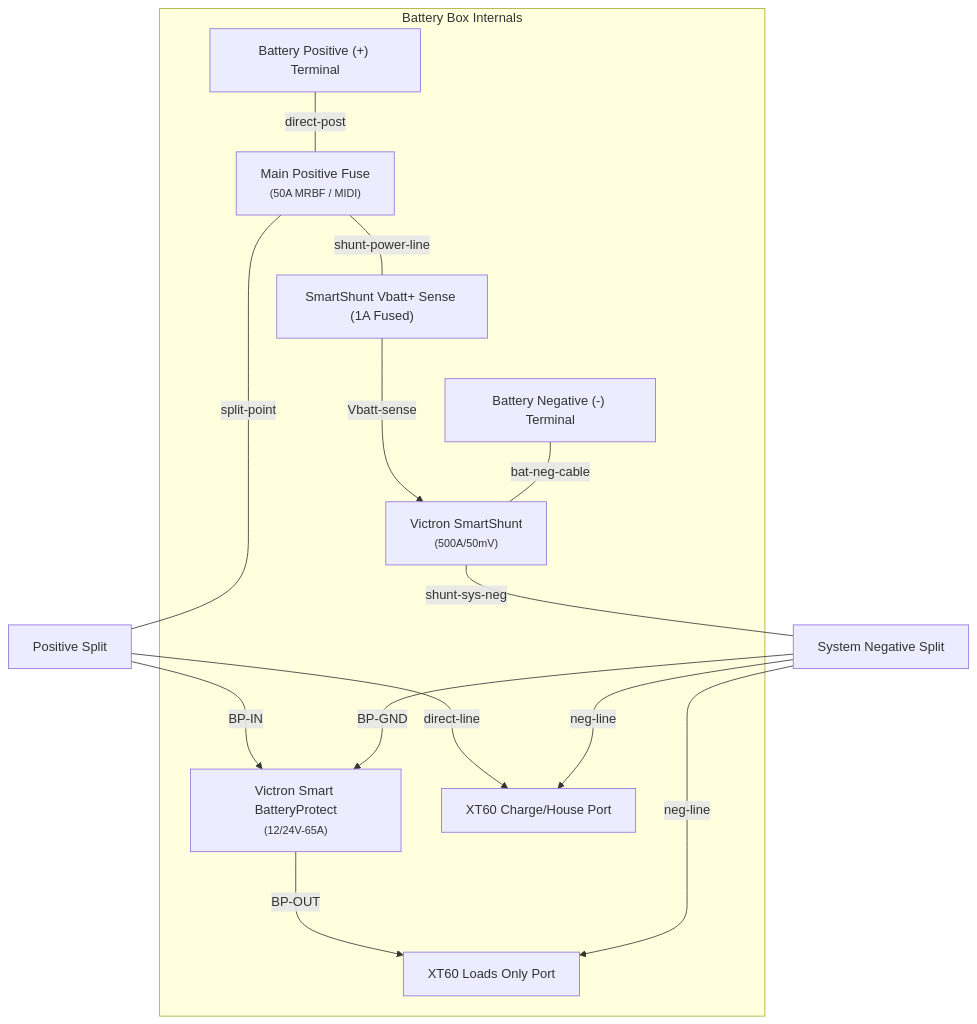
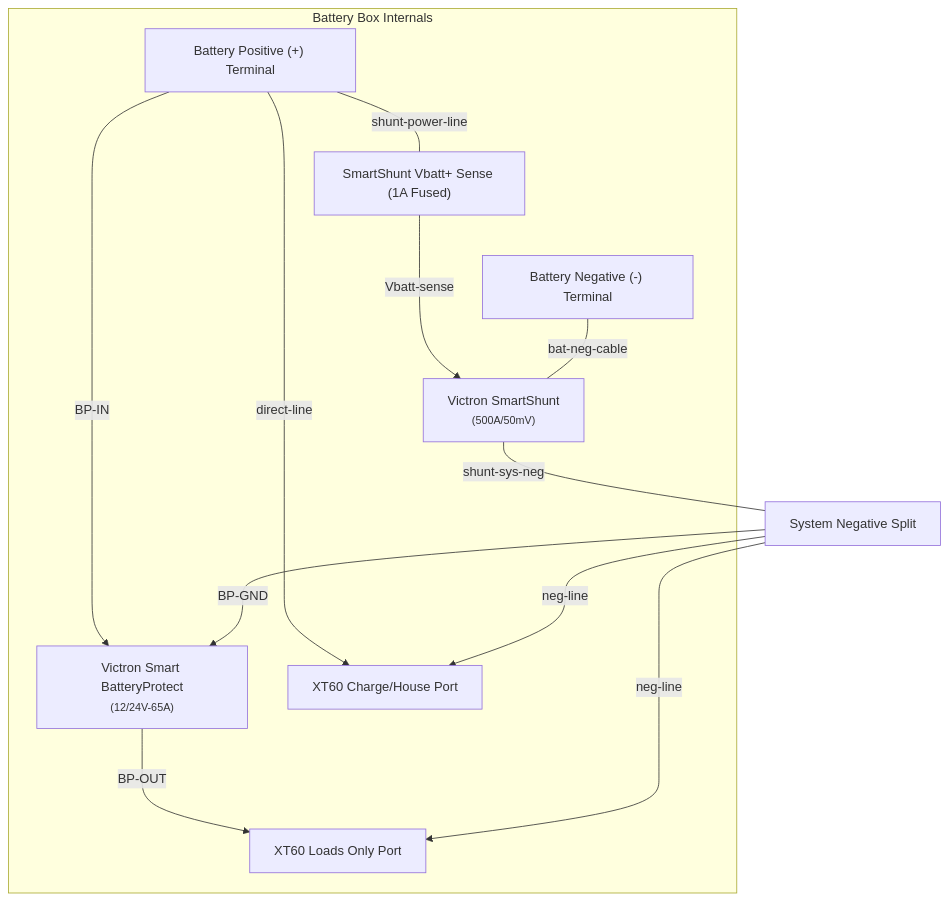
One commit to chrisjohnson/truck-micro-grid changed the diagram in spec/04-hardware-layout.md. Above: the diagram before and after it, drawn with Mermaid. The commit also changed other lines of this file and 4 other files, not shown here.

````diff
--- a/spec/04-hardware-layout.md
+++ b/spec/04-hardware-layout.md
@@ -93,30 +84,27 @@
 ```mermaid
 graph TD
     subgraph BatteryBox ["Battery Box Internals"]
         BatPos["Battery Positive (+) Terminal"]
         BatNeg["Battery Negative (-) Terminal"]
-        MainFuse["Main Positive Fuse<br/><small>(50A MRBF / MIDI)</small>"]
         SmartShunt["Victron SmartShunt<br/><small>(500A/50mV)</small>"]
         BatteryProtect["Victron Smart BatteryProtect<br/><small>(12/24V-65A)</small>"]
         ShuntVse["SmartShunt Vbatt+ Sense (1A Fused)"]
         
         %% Ports on Box
         XT60_Chg["XT60 Charge/House Port"]
         XT60_Ld["XT60 Loads Only Port"]
     end
 
     %% Positive Connections
-    BatPos ---|direct-post| MainFuse
-    MainFuse ---|split-point| ChgPos[Positive Split]
-    ChgPos --->|direct-line| XT60_Chg
-    ChgPos --->|BP-IN| BatteryProtect
+    BatPos --->|direct-line| XT60_Chg
+    BatPos --->|BP-IN| BatteryProtect
     BatteryProtect --->|BP-OUT| XT60_Ld
-    MainFuse ---|shunt-power-line| ShuntVse --->|Vbatt-sense| SmartShunt
+    BatPos ---|shunt-power-line| ShuntVse --->|Vbatt-sense| SmartShunt
 
     %% Negative Connections
     BatNeg ---|bat-neg-cable| SmartShunt
     SmartShunt ---|shunt-sys-neg| SysNeg[System Negative Split]
     SysNeg --->|neg-line| XT60_Chg
     SysNeg --->|neg-line| XT60_Ld
     SysNeg --->|BP-GND| BatteryProtect
 ```
````
